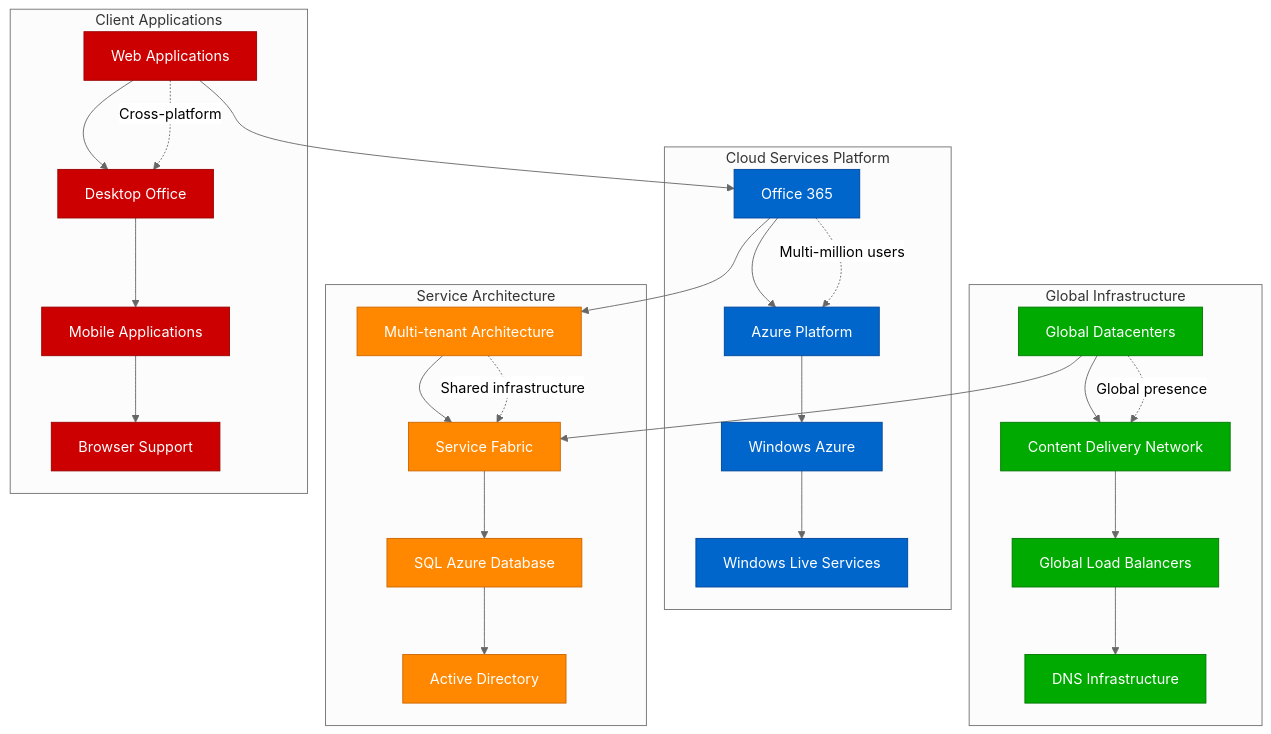
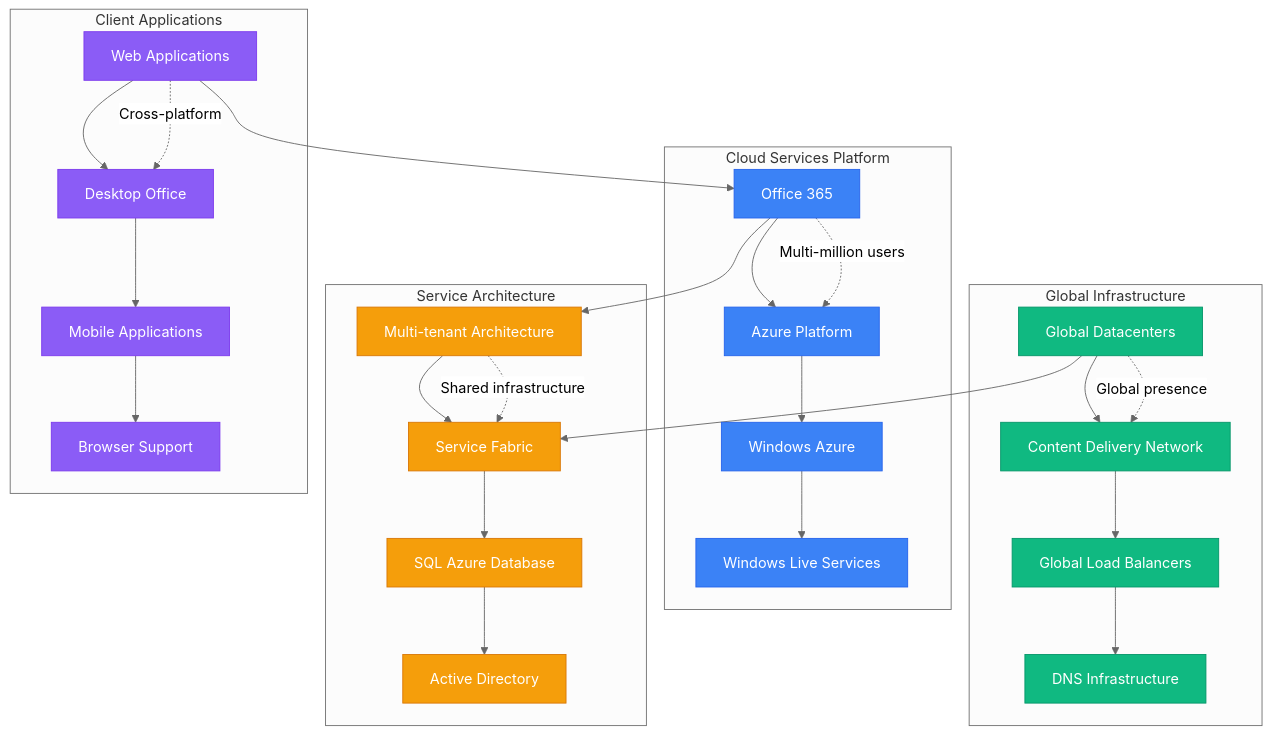
One commit to deepaucksharma/DS changed the fourth of 12 diagrams in site/docs/systems/microsoft/scale-evolution.md. Above: the diagram before and after it, drawn with Mermaid (neutral theme). The commit also changed other lines of this file and 303 other files, not shown here.

````diff
--- a/site/docs/systems/microsoft/scale-evolution.md
+++ b/site/docs/systems/microsoft/scale-evolution.md
@@ -158,71 +158,71 @@
 ```mermaid
 graph TB
     subgraph CloudServices[Cloud Services Platform]
         OFFICE365[Office 365]
         AZURE_PLATFORM[Azure Platform]
         WINDOWS_AZURE[Windows Azure]
         LIVE_SERVICES[Windows Live Services]
     end
 
     subgraph GlobalInfrastructure[Global Infrastructure]
         DATACENTERS[Global Datacenters]
         CDN_NETWORK[Content Delivery Network]
         LOAD_BALANCERS[Global Load Balancers]
         DNS_INFRASTRUCTURE[DNS Infrastructure]
     end
 
     subgraph ServiceArchitecture[Service Architecture]
         MULTI_TENANT[Multi-tenant Architecture]
         SERVICE_FABRIC[Service Fabric]
         SQL_AZURE[SQL Azure Database]
         ACTIVE_DIRECTORY[Active Directory]
     end
 
     subgraph ClientApplications[Client Applications]
         WEB_APPS[Web Applications]
         DESKTOP_OFFICE[Desktop Office]
         MOBILE_APPS[Mobile Applications]
         BROWSER_SUPPORT[Browser Support]
     end
 
     %% Cloud platform
     OFFICE365 --> AZURE_PLATFORM
     AZURE_PLATFORM --> WINDOWS_AZURE
     WINDOWS_AZURE --> LIVE_SERVICES
 
     %% Infrastructure
     DATACENTERS --> CDN_NETWORK
     CDN_NETWORK --> LOAD_BALANCERS
     LOAD_BALANCERS --> DNS_INFRASTRUCTURE
 
     %% Service architecture
     MULTI_TENANT --> SERVICE_FABRIC
     SERVICE_FABRIC --> SQL_AZURE
     SQL_AZURE --> ACTIVE_DIRECTORY
 
     %% Client integration
     WEB_APPS --> DESKTOP_OFFICE
     DESKTOP_OFFICE --> MOBILE_APPS
     MOBILE_APPS --> BROWSER_SUPPORT
 
     %% Cross-tier integration
     OFFICE365 --> MULTI_TENANT
     DATACENTERS --> SERVICE_FABRIC
     WEB_APPS --> OFFICE365
 
     %% Scale metrics
     OFFICE365 -.->|"Multi-million users"| AZURE_PLATFORM
     DATACENTERS -.->|"Global presence"| CDN_NETWORK
     MULTI_TENANT -.->|"Shared infrastructure"| SERVICE_FABRIC
     WEB_APPS -.->|"Cross-platform"| DESKTOP_OFFICE
 
-    classDef cloudStyle fill:#0066CC,stroke:#004499,color:#fff
-    classDef infraStyle fill:#00AA00,stroke:#007700,color:#fff
-    classDef serviceStyle fill:#FF8800,stroke:#CC6600,color:#fff
-    classDef clientStyle fill:#CC0000,stroke:#990000,color:#fff
+    classDef cloudStyle fill:#3B82F6,stroke:#2563EB,color:#fff
+    classDef infraStyle fill:#10B981,stroke:#059669,color:#fff
+    classDef serviceStyle fill:#F59E0B,stroke:#D97706,color:#fff
+    classDef clientStyle fill:#8B5CF6,stroke:#7C3AED,color:#fff
 
     class OFFICE365,AZURE_PLATFORM,WINDOWS_AZURE,LIVE_SERVICES cloudStyle
     class DATACENTERS,CDN_NETWORK,LOAD_BALANCERS,DNS_INFRASTRUCTURE infraStyle
     class MULTI_TENANT,SERVICE_FABRIC,SQL_AZURE,ACTIVE_DIRECTORY serviceStyle
     class WEB_APPS,DESKTOP_OFFICE,MOBILE_APPS,BROWSER_SUPPORT clientStyle
 ```
````
